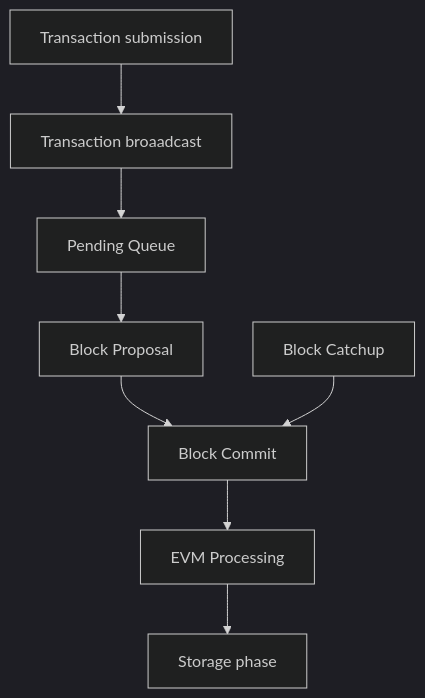
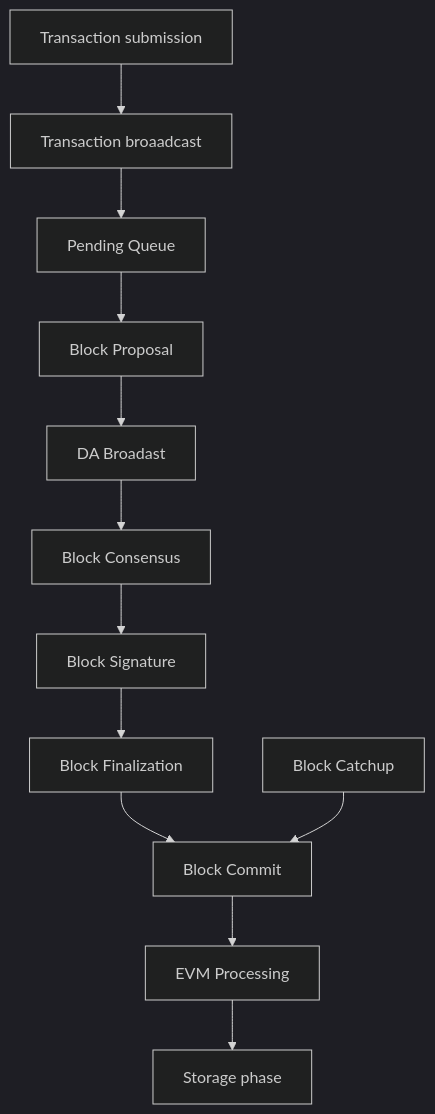
Before and after one commit to twizzworld/docs.skale.network: the second of 3 diagrams in components/technology/modules/ROOT/pages/consensus-spec.adoc, drawn with Mermaid (dark theme).

````diff
--- a/components/technology/modules/ROOT/pages/consensus-spec.adoc
+++ b/components/technology/modules/ROOT/pages/consensus-spec.adoc
@@ -40,6 +40,8 @@
 ```mermaid
 flowchart TD
-    b0[Transaction submission] --> b1[Transaction broaadcast] --> b2[Pending Queue] --> b3[Block Proposal] --> b4[Block Commit] --> b5[EVM Processing] -->
+    b0[Transaction submission] --> b1[Transaction broaadcast] --> b2[Pending Queue] --> b3[Block Proposal] --> b31[DA Broadast] --> b32[Block Consensus] --> 
+    b33[Block Signature] --> 
+    b34[Block Finalization] --> b4[Block Commit] --> b5[EVM Processing] -->
     b9[Storage phase]
     b6[Block Catchup] -->b4
 ```
````
